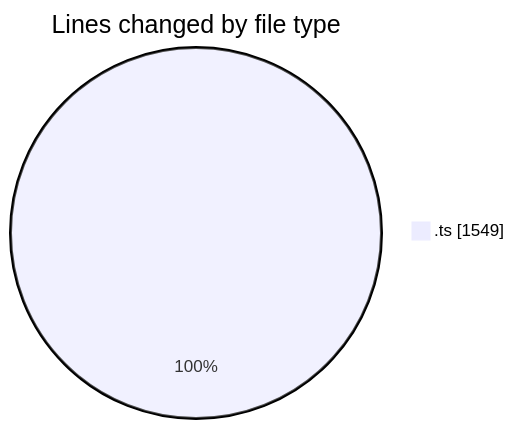
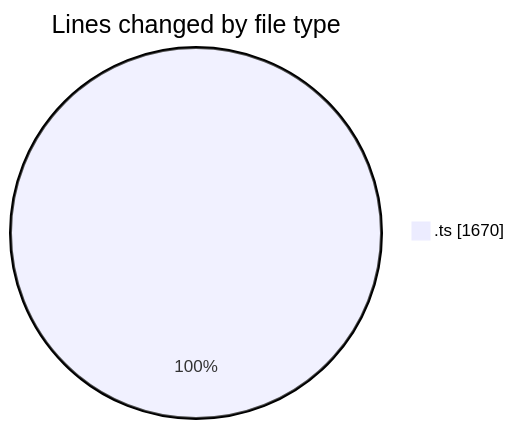
The first of 2 diagrams in 2025-08-22/cda/README.md (momahboobian/code-tracking), drawn with Mermaid before and after one commit. The commit also changed other lines of this file and 1 other file, not shown here.

````diff
--- a/2025-08-22/cda/README.md
+++ b/2025-08-22/cda/README.md
@@ -22,5 +22,5 @@
 ```mermaid
 pie showData
 title Lines changed by file type
-".ts" : 1549
+".ts" : 1670
 ```
````
